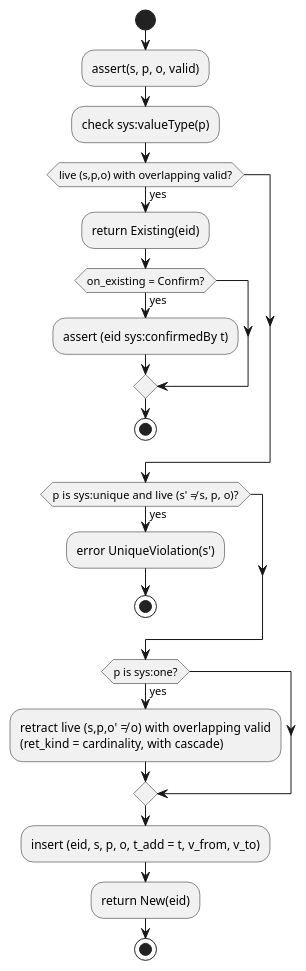
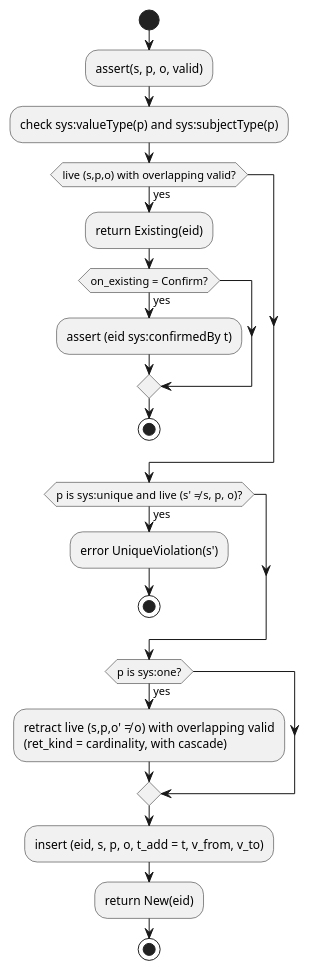
The third of 4 diagrams in lat.md/time-model.md (Volland/tiramemsu), drawn with PlantUML before and after one commit. The commit also changed other lines of this file and 35 other files, not shown here.

````diff
--- a/lat.md/time-model.md
+++ b/lat.md/time-model.md
@@ -109,25 +109,25 @@
 ```plantuml
 @startuml assert-flow
 skinparam shadowing false
 start
 :assert(s, p, o, valid);
-:check sys:valueType(p);
+:check sys:valueType(p) and sys:subjectType(p);
 if (live (s,p,o) with overlapping valid?) then (yes)
   :return Existing(eid);
   if (on_existing = Confirm?) then (yes)
     :assert (eid sys:confirmedBy t);
   endif
   stop
 endif
 if (p is sys:unique and live (s' ≠ s, p, o)?) then (yes)
   :error UniqueViolation(s');
   stop
 endif
 if (p is sys:one?) then (yes)
   :retract live (s,p,o' ≠ o) with overlapping valid\n(ret_kind = cardinality, with cascade);
 endif
 :insert (eid, s, p, o, t_add = t, v_from, v_to);
 :return New(eid);
 stop
 @enduml
 ```
````
